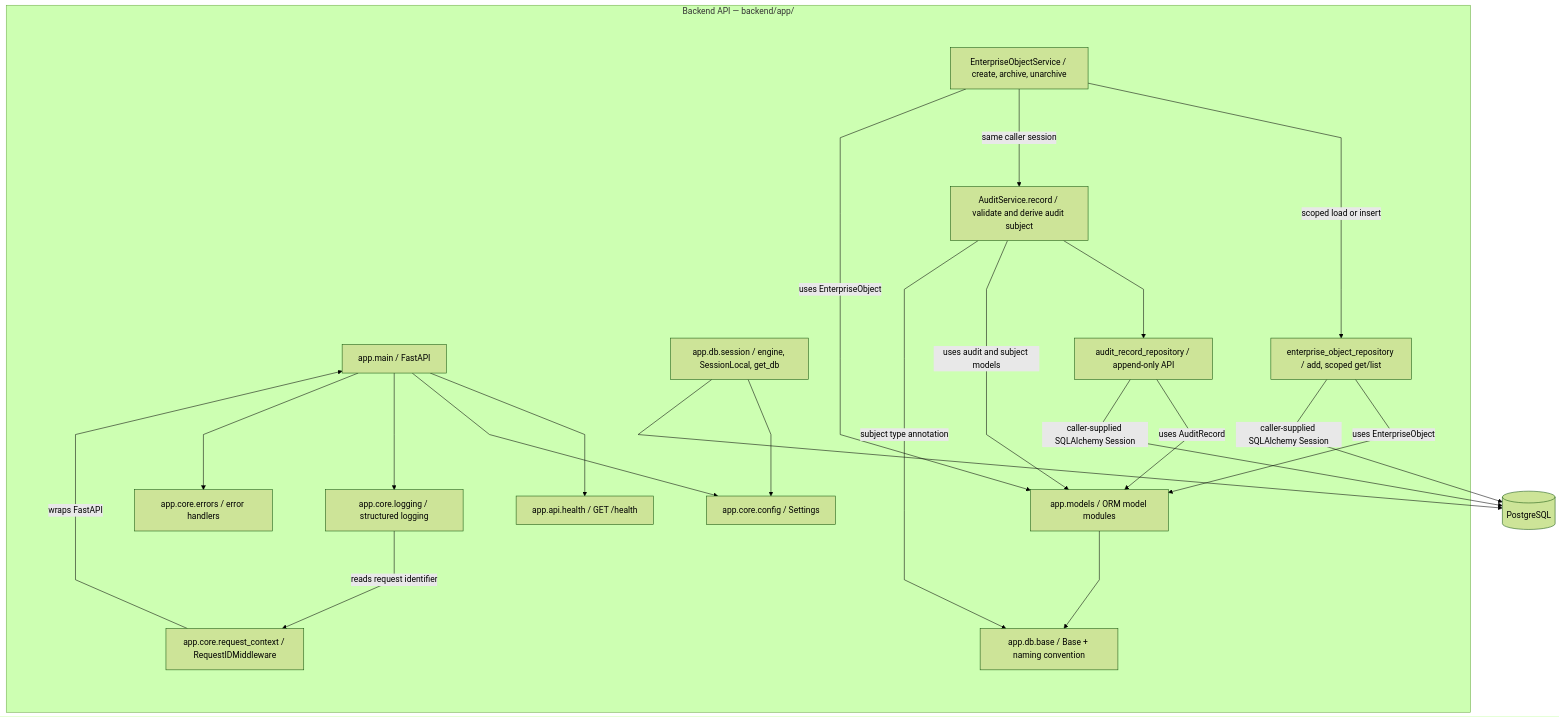
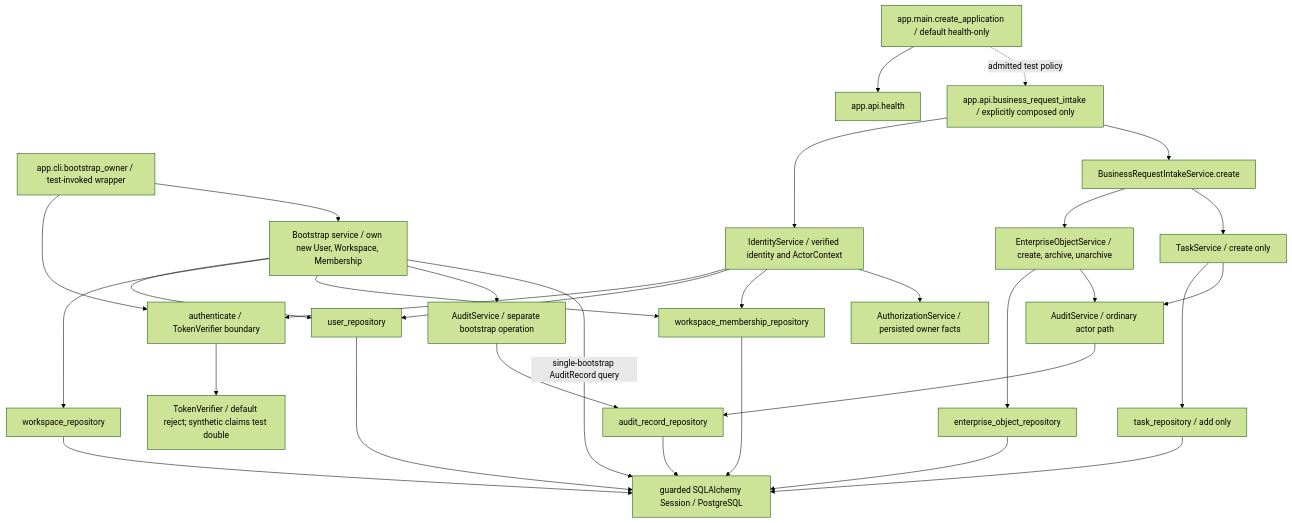
Before and after one commit to ArtheosClub/Bizzi_Project: the diagram in docs/c4/C3_COMPONENT.md, drawn with Mermaid (forest theme). The commit also changed other lines of this file and 2 other files, not shown here.

````diff
--- a/docs/c4/C3_COMPONENT.md
+++ b/docs/c4/C3_COMPONENT.md
@@ -15,39 +14,54 @@
 ```mermaid
-%%{init: {"flowchart": {"nodeSpacing": 100, "rankSpacing": 160, "curve": "linear"}}}%%
 flowchart TB
-    subgraph API["Backend API — backend/app/"]
-        main["app.main / FastAPI"]
-        health["app.api.health / GET /health"]
-        config["app.core.config / Settings"]
-        logging_["app.core.logging / structured logging"]
-        errors["app.core.errors / error handlers"]
-        request["app.core.request_context / RequestIDMiddleware"]
-        session["app.db.session / engine, SessionLocal, get_db"]
-        base["app.db.base / Base + naming convention"]
-        models["app.models / ORM model modules"]
-        eo["EnterpriseObjectService / create, archive, unarchive"]
-        eorepo["enterprise_object_repository / add, scoped get/list"]
-        audit["AuditService.record / validate and derive audit subject"]
-        auditrepo["audit_record_repository / append-only API"]
-    end
-    db[("PostgreSQL")]
-    main --> health
-    main --> config
-    main --> logging_
-    main --> errors
-    request -->|"wraps FastAPI"| main
-    logging_ -->|"reads request identifier"| request
-    session --> config
-    session --> db
-    models --> base
-    eo -->|"scoped load or insert"| eorepo
-    eo -->|"same caller session"| audit
-    audit --> auditrepo
-    eo -->|"uses EnterpriseObject"| models
-    audit -->|"uses audit and subject models"| models
-    audit -->|"subject type annotation"| base
-    eorepo -->|"uses EnterpriseObject"| models
-    auditrepo -->|"uses AuditRecord"| models
-    eorepo -->|"caller-supplied SQLAlchemy Session"| db
-    auditrepo -->|"caller-supplied SQLAlchemy Session"| db
+    factory["app.main.create_application / default health-only"]
+    health["app.api.health"]
+    router["app.api.business_request_intake / explicitly composed only"]
+    identity["IdentityService / verified identity and ActorContext"]
+    auth["authenticate / TokenVerifier boundary"]
+    authorization["AuthorizationService / persisted owner facts"]
+    ur["user_repository"]
+    wr["workspace_repository"]
+    mr["workspace_membership_repository"]
+    ar["audit_record_repository"]
+    cli["app.cli.bootstrap_owner / test-invoked wrapper"]
+    verifier["TokenVerifier / default reject; synthetic claims test double"]
+    intake["BusinessRequestIntakeService.create"]
+    eo["EnterpriseObjectService / create, archive, unarchive"]
+    task["TaskService / create only"]
+    er["enterprise_object_repository"]
+    tr["task_repository / add only"]
+    audit["AuditService / ordinary actor path"]
+    bootstrap["Bootstrap service / own new User, Workspace, Membership"]
+    baudit["AuditService / separate bootstrap operation"]
+    db["guarded SQLAlchemy Session / PostgreSQL"]
+    factory --> health
+    factory -. admitted test policy .-> router
+    router --> identity
+    identity --> auth
+    auth --> verifier
+    identity --> ur
+    identity --> mr
+    identity --> authorization
+    cli --> auth
+    cli --> bootstrap
+    bootstrap --> ur
+    bootstrap --> wr
+    bootstrap --> mr
+    router --> intake
+    intake --> eo
+    intake --> task
+    eo --> er
+    task --> tr
+    eo --> audit
+    task --> audit
+    bootstrap --> baudit
+    bootstrap -->|"single-bootstrap AuditRecord query"| db
+    er --> db
+    tr --> db
+    audit --> ar
+    baudit --> ar
+    ar --> db
+    ur --> db
+    wr --> db
+    mr --> db
 ```
````
